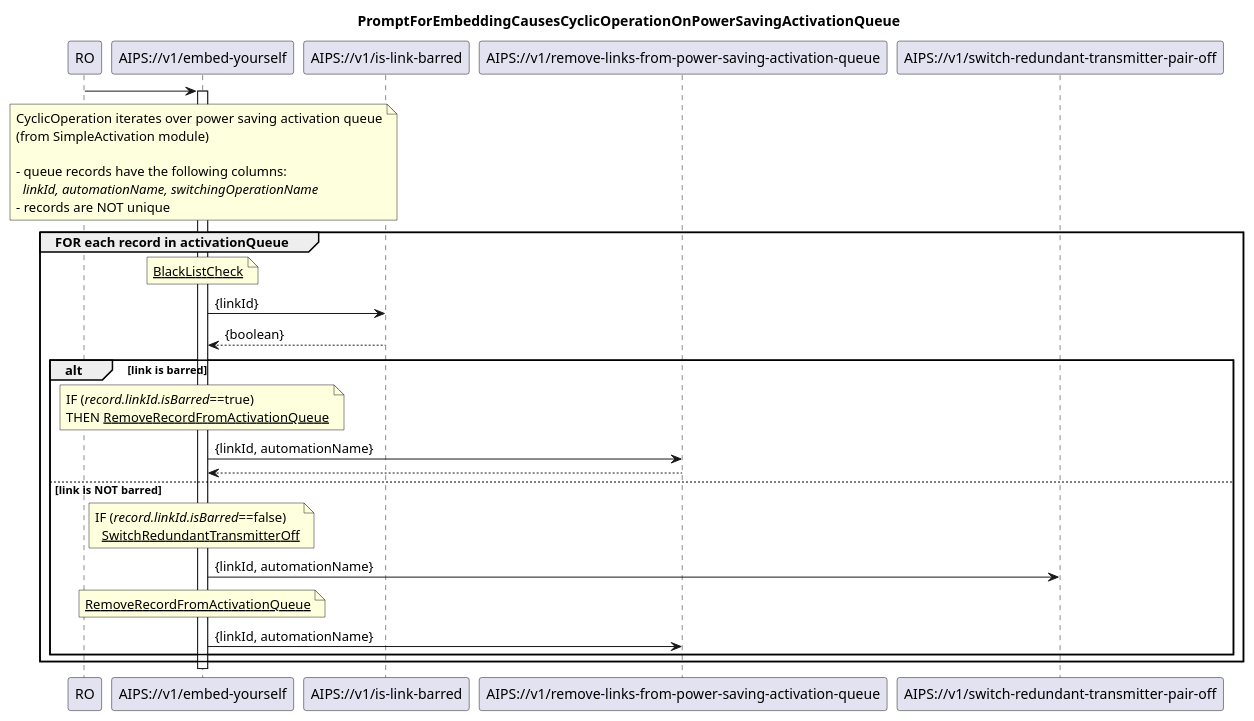
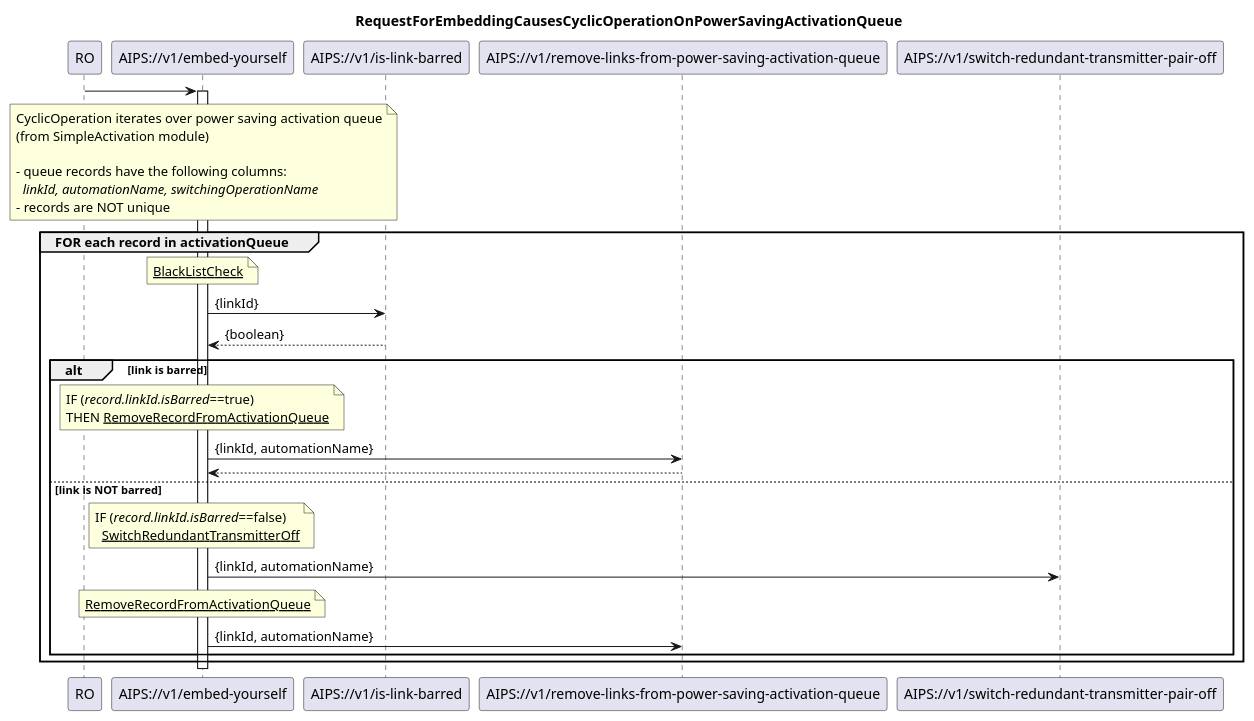
Before and after one commit to openBackhaul/AirInterfacePowerSaver: the diagram in spec/diagrams/04_LinkGroupRelatedSwitchingOperation/4xx_cyclicOperationOnPowerSavingActivationQueue.plantuml, drawn with PlantUML. The commit also changed 2 other files, not shown here.

Commit message:
module 04 diagram

```diff
--- a/spec/diagrams/04_LinkGroupRelatedSwitchingOperation/4xx_cyclicOperationOnPowerSavingActivationQueue.plantuml
+++ b/spec/diagrams/04_LinkGroupRelatedSwitchingOperation/4xx_cyclicOperationOnPowerSavingActivationQueue.plantuml
@@ -1,66 +1,66 @@
 @startuml 4xx_cyclicOperationOnPowerSavingActivationQueue
 skinparam responseMessageBelowArrow true
 
 title
-PromptForEmbeddingCausesCyclicOperationOnPowerSavingActivationQueue
+RequestForEmbeddingCausesCyclicOperationOnPowerSavingActivationQueue
 end title
 
 participant "RO" as ro
 participant "AIPS://v1/embed-yourself" as embedYourself
 participant "AIPS://v1/is-link-barred" as isLinkBarred
 participant "AIPS://v1/remove-links-from-power-saving-activation-queue" as removeFromQueue
 participant "AIPS://v1/switch-redundant-transmitter-pair-off" as redundantTransmittersOff
 
 
 ro -> embedYourself
 
 'cyclic operation starts
 note over embedYourself
   CyclicOperation iterates over power saving activation queue
   (from SimpleActivation module)
 
   - queue records have the following columns:
     <i>linkId, automationName, switchingOperationName</i>
   - records are NOT unique
 end note
 
 activate embedYourself
 
 'iterate over queue
 group FOR each record in activationQueue
   ' get the blackList status for the link
   note over embedYourself
       <u>BlackListCheck</u>
   end note
   embedYourself -> isLinkBarred: {linkId}
   isLinkBarred --> embedYourself: {boolean}
 
   'if link is on blackList remove entry from queue, automationName irrelevant here
   alt link is barred
     note over embedYourself
       IF (<i>record.linkId.isBarred</i>==true)
       THEN <u>RemoveRecordFromActivationQueue</u>
     end note
     embedYourself -> removeFromQueue: {linkId, automationName}
     removeFromQueue --> embedYourself
   
   else link is NOT barred
     'if link is not in blackList
     note over embedYourself
       IF (<i>record.linkId.isBarred</i>==false)
         <u>SwitchRedundantTransmitterOff</u>
     end note
     embedYourself -> redundantTransmittersOff: {linkId, automationName}
 
     'remove record from queue (no retries)
     note over embedYourself
       <u>RemoveRecordFromActivationQueue</u>
     end note
     embedYourself -> removeFromQueue: {linkId, automationName}
 
   end
 end
 
 deactivate embedYourself
 
 @enduml
```
